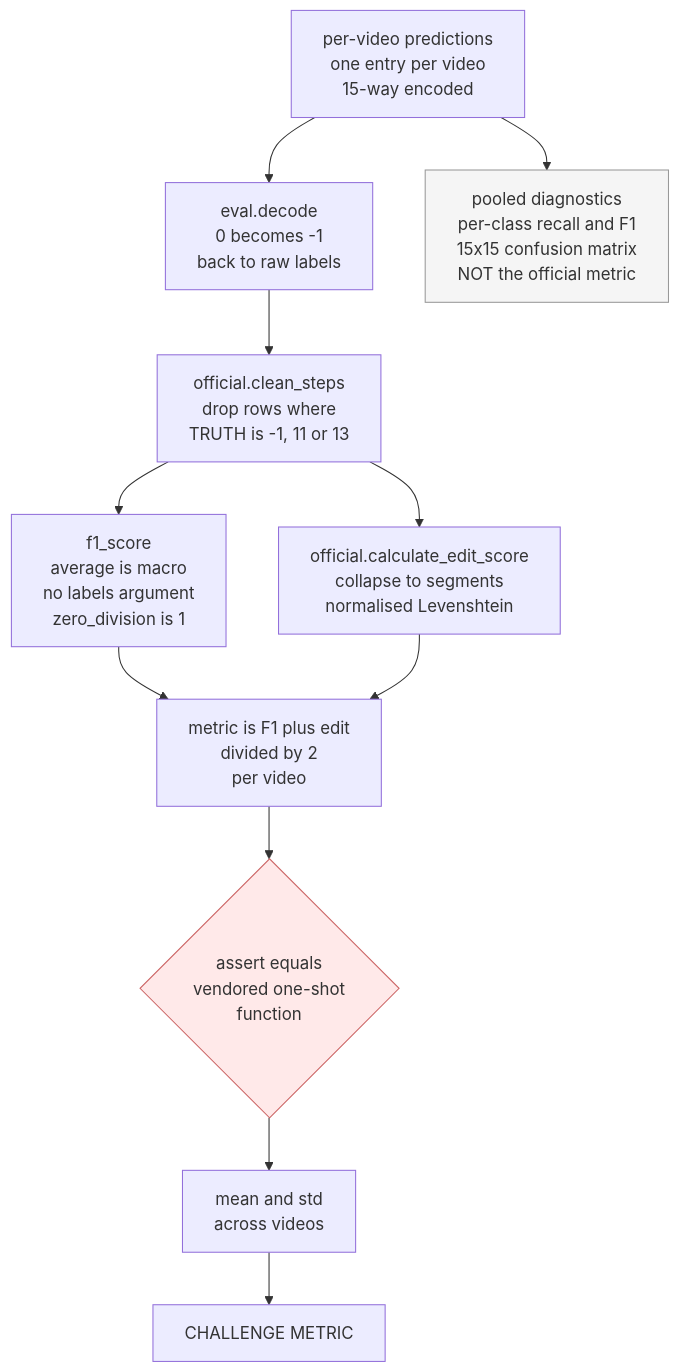
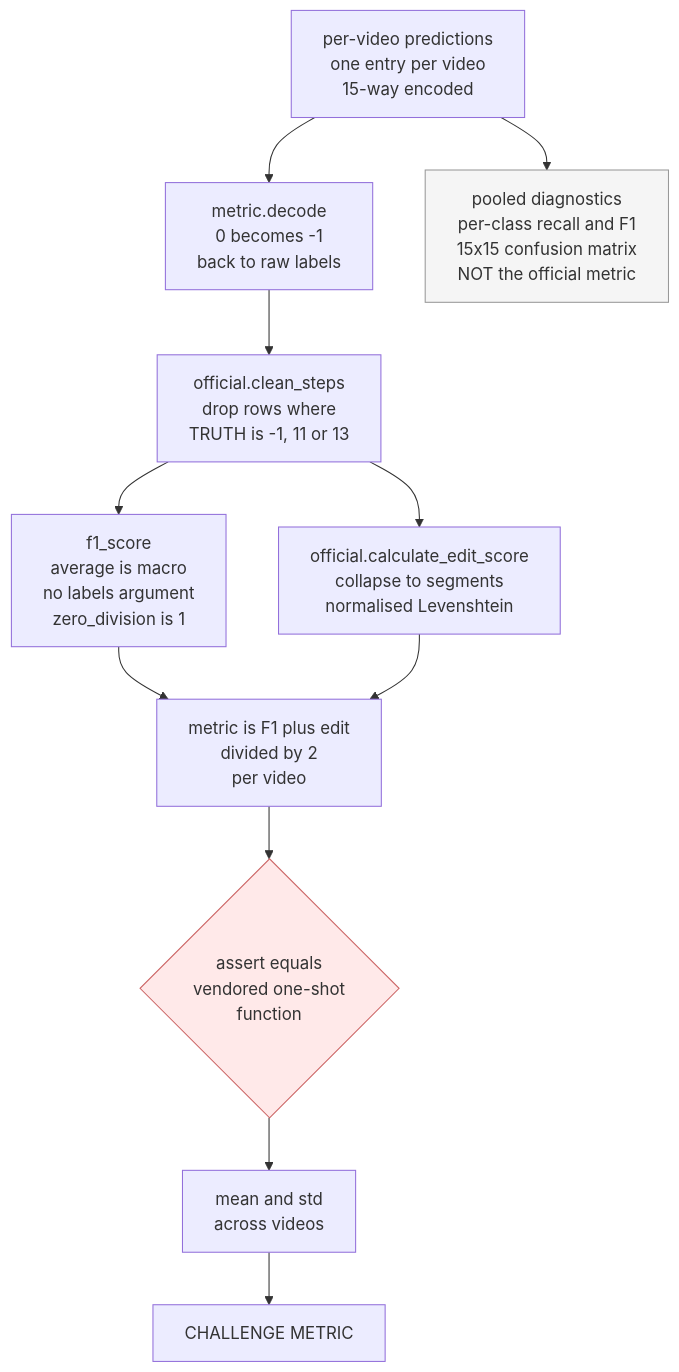
Before and after one commit to wylliamunlimited/pitvis-phase-recognition: the third of 3 diagrams in notes/walkthrough.md, drawn with Mermaid. The commit also changed other lines of this file and 24 other files, not shown here.

````diff
--- a/notes/walkthrough.md
+++ b/notes/walkthrough.md
@@ -530,18 +530,18 @@
 ```mermaid
 flowchart TD
     P["per-video predictions<br/>one entry per video<br/>15-way encoded"]
-    P --> D["eval.decode<br/>0 becomes -1<br/>back to raw labels"]
+    P --> D["metric.decode<br/>0 becomes -1<br/>back to raw labels"]
     D --> C["official.clean_steps<br/>drop rows where<br/>TRUTH is -1, 11 or 13"]
     C --> F1["f1_score<br/>average is macro<br/>no labels argument<br/>zero_division is 1"]
     C --> ED["official.calculate_edit_score<br/>collapse to segments<br/>normalised Levenshtein"]
     F1 --> M["metric is F1 plus edit<br/>divided by 2<br/>per video"]
     ED --> M
     M --> AS{"assert equals<br/>vendored one-shot<br/>function"}
     AS --> AGG["mean and std<br/>across videos"]
     AGG --> R["CHALLENGE METRIC"]
 
     P --> DIAG["pooled diagnostics<br/>per-class recall and F1<br/>15x15 confusion matrix<br/>NOT the official metric"]
 
     style AS fill:#ffe9e9,stroke:#c66
     style DIAG fill:#f5f5f5,stroke:#999
 ```
````
